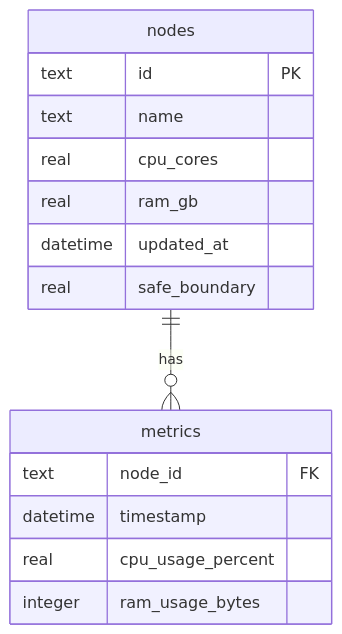
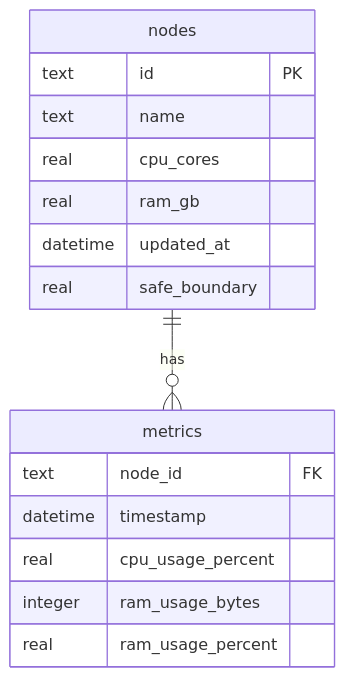
One commit to andrii-reshko/3c-informational-technical-support-lab changed the diagram in docs/tech/01_db.md. Above: the diagram before and after it, drawn with Mermaid. The commit also changed 10 other files, not shown here.

`````diff
--- a/docs/tech/01_db.md
+++ b/docs/tech/01_db.md
@@ -3,20 +3,21 @@
 ```mermaid
 erDiagram
     nodes {
         text id PK
         text name
         real cpu_cores
         real ram_gb
         datetime updated_at
         real safe_boundary
     }
     
     metrics {
         text node_id FK
         datetime timestamp
         real cpu_usage_percent
         integer ram_usage_bytes
+        real ram_usage_percent
     }
 
     nodes ||--o{ metrics : "has"
 ````
`````
